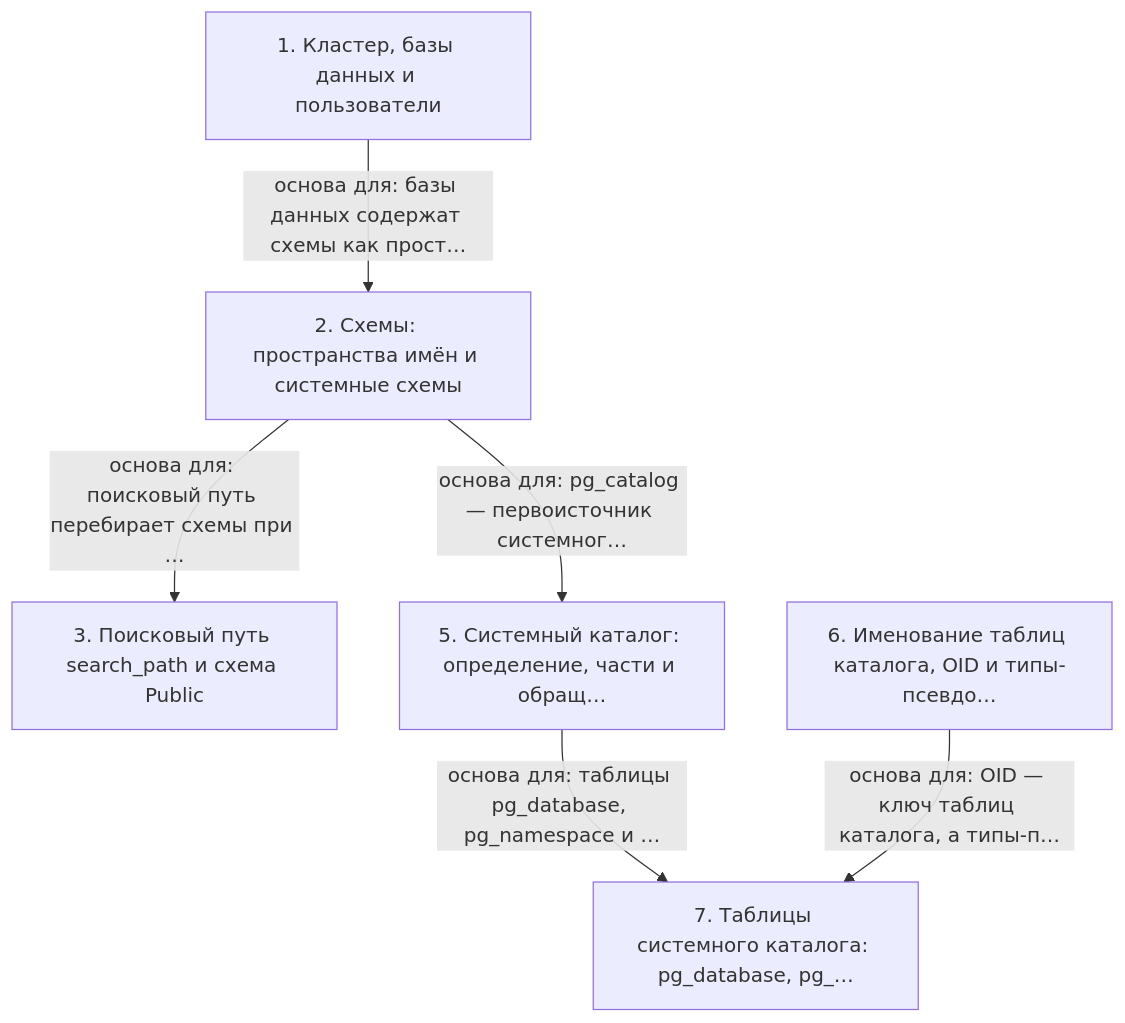
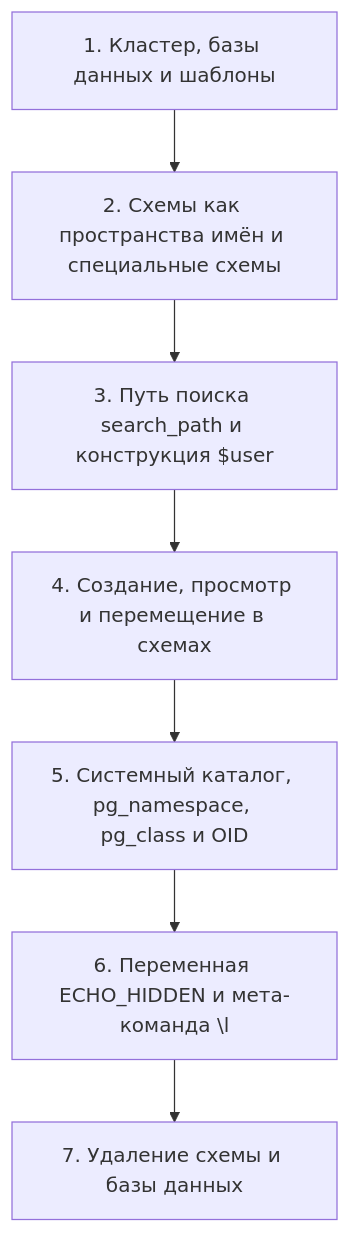
The diagram in postgres-dev1/06 - DEV1-16. 05. Логическая структура/notes.md (AsoloCode/notes), drawn with Mermaid before and after one commit. The commit also changed other lines of this file and 503 other files, not shown here.

First line of the commit message:
Обновить конспекты PostgreSQL (QPT-16, DEV1-16): слайды, схемы, факт-чек

````diff
--- a/postgres-dev1/06 - DEV1-16. 05. Логическая структура/notes.md
+++ b/postgres-dev1/06 - DEV1-16. 05. Логическая структура/notes.md
@@ -139,14 +272,16 @@
 ```mermaid
 flowchart TD
-    n1["1. Кластер, базы данных и пользователи"]
-    n2["2. Схемы: пространства имён и системные схемы"]
-    n3["3. Поисковый путь search_path и схема Public"]
-    n5["5. Системный каталог: определение, части и обращ…"]
-    n6["6. Именование таблиц каталога, OID и типы-псевдо…"]
-    n7["7. Таблицы системного каталога: pg_database, pg_…"]
-    n1 -->|основа для: базы данных содержат схемы как прост…| n2
-    n2 -->|основа для: поисковый путь перебирает схемы при …| n3
-    n2 -->|основа для: pg_catalog — первоисточник системног…| n5
-    n5 -->|основа для: таблицы pg_database, pg_namespace и …| n7
-    n6 -->|основа для: OID — ключ таблиц каталога, а типы-п…| n7
+    n1["1. Кластер, базы данных и шаблоны"]
+    n2["2. Схемы как пространства имён и специальные схемы"]
+    n3["3. Путь поиска search_path и конструкция $user"]
+    n4["4. Создание, просмотр и перемещение в схемах"]
+    n5["5. Системный каталог, pg_namespace, pg_class и OID"]
+    n6["6. Переменная ECHO_HIDDEN и мета-команда \l"]
+    n7["7. Удаление схемы и базы данных"]
+    n1 --> n2
+    n2 --> n3
+    n3 --> n4
+    n4 --> n5
+    n5 --> n6
+    n6 --> n7
 ```
````
